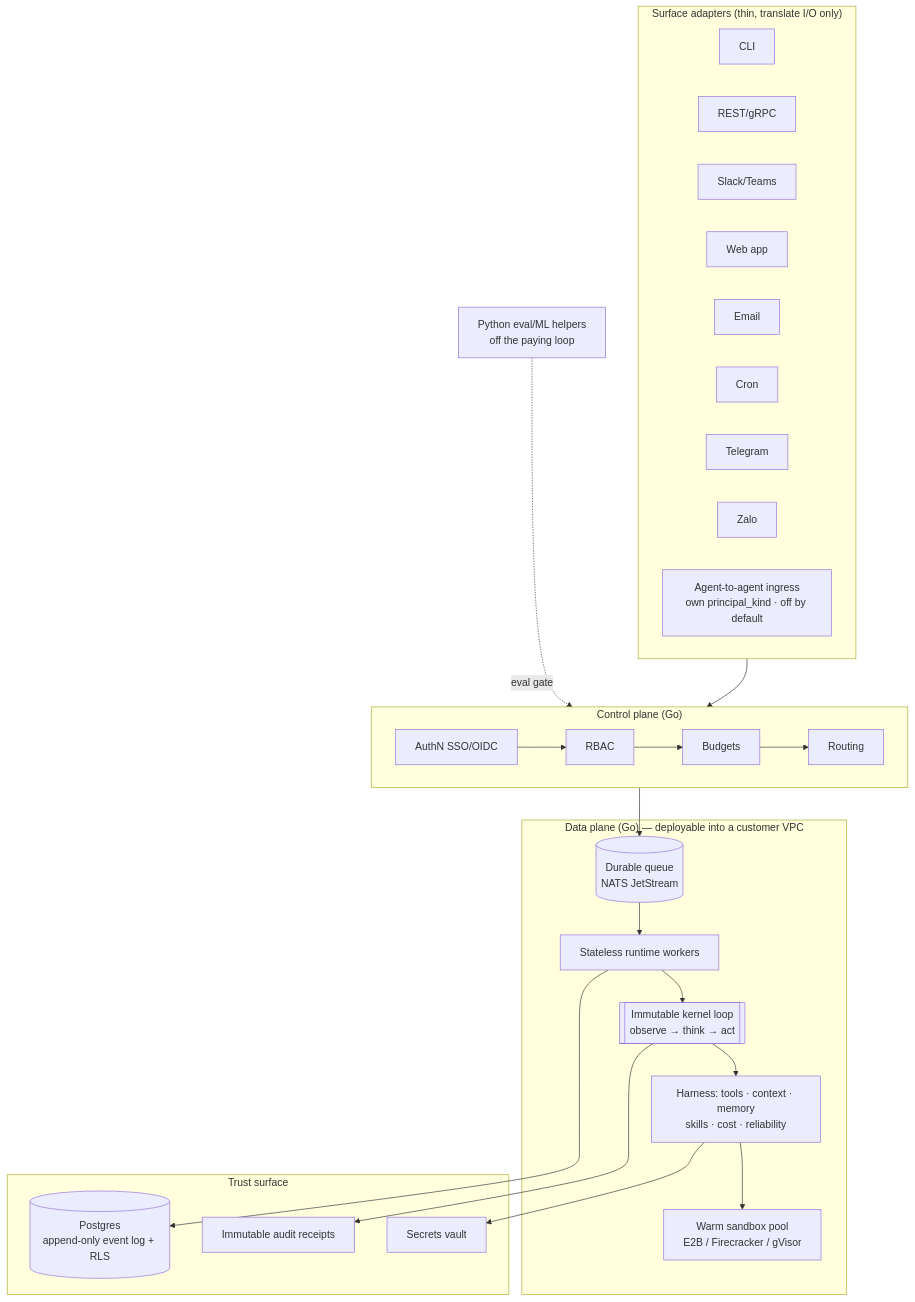
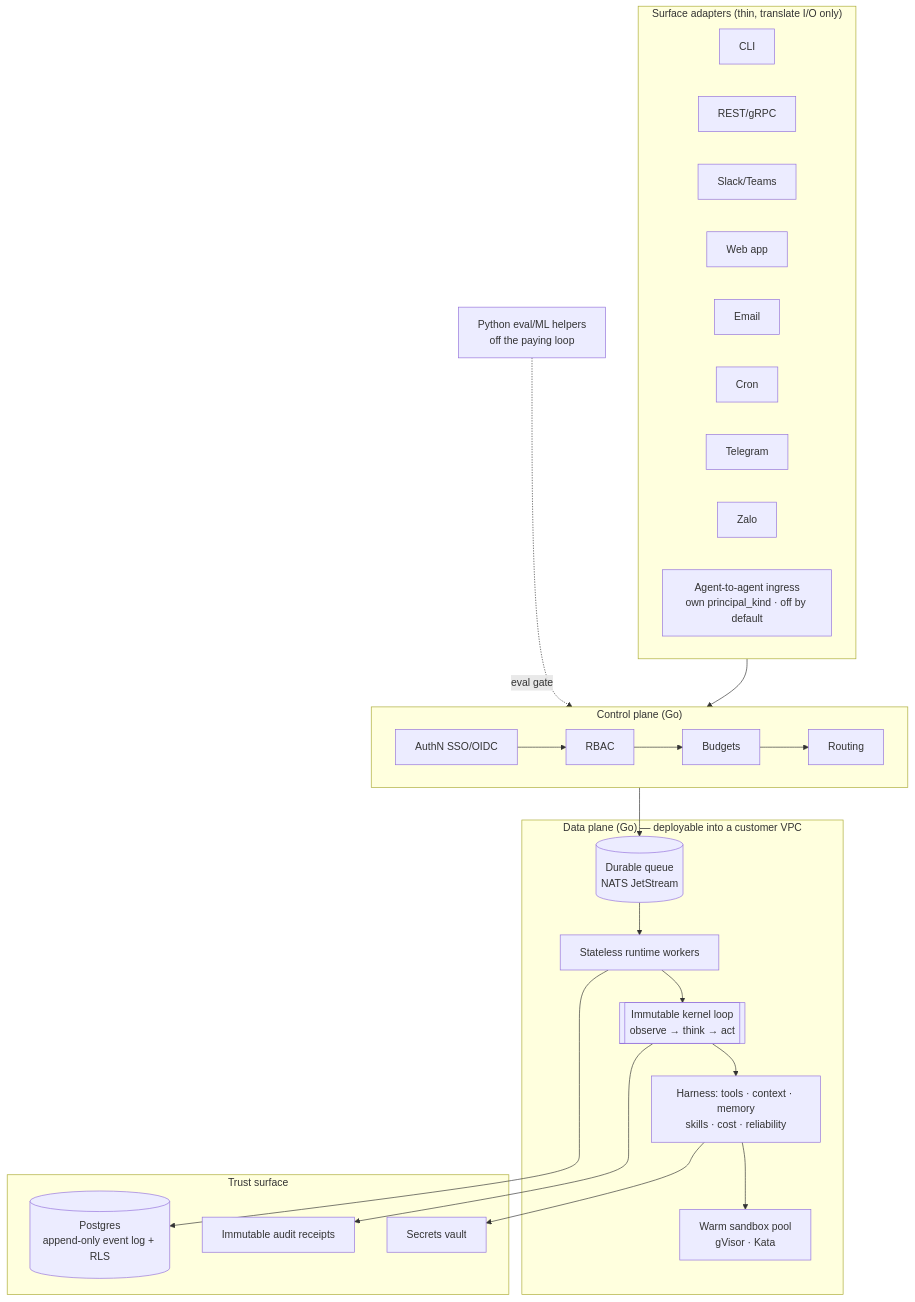
The diagram in README.md (truongpx396/nexus-agent), drawn with Mermaid before and after one commit. The commit also changed other lines of this file and 10 other files, not shown here.

````diff
--- a/README.md
+++ b/README.md
@@ -74,33 +74,33 @@
 ```mermaid
 flowchart TB
     subgraph Surfaces["Surface adapters (thin, translate I/O only)"]
         CLI[CLI] & API[REST/gRPC] & Chat[Slack/Teams] & Web[Web app]
         Email[Email] & Cron[Cron] & TG[Telegram] & Zalo[Zalo]
         A2A[Agent-to-agent ingress<br/>own principal_kind · off by default]
     end
 
     subgraph Control["Control plane (Go)"]
         Auth[AuthN SSO/OIDC] --> RBAC[RBAC] --> Budget[Budgets] --> Route[Routing]
     end
 
     subgraph DataPlane["Data plane (Go) — deployable into a customer VPC"]
         Queue[(Durable queue<br/>NATS JetStream)]
         Worker[Stateless runtime workers]
         Kernel[[Immutable kernel loop<br/>observe → think → act]]
         Harness[Harness: tools · context · memory<br/>skills · cost · reliability]
-        Sandbox[Warm sandbox pool<br/>E2B / Firecracker / gVisor]
+        Sandbox[Warm sandbox pool<br/>gVisor · Kata]
     end
 
     subgraph Trust["Trust surface"]
         RLS[(Postgres<br/>append-only event log + RLS)]
         Vault[Secrets vault]
         Audit[Immutable audit receipts]
     end
 
     Surfaces --> Control --> Queue --> Worker --> Kernel --> Harness
     Harness --> Sandbox
     Worker --> RLS
     Harness --> Vault
     Kernel --> Audit
     MLPython[Python eval/ML helpers<br/>off the paying loop] -.eval gate.-> Control
 ```
````
